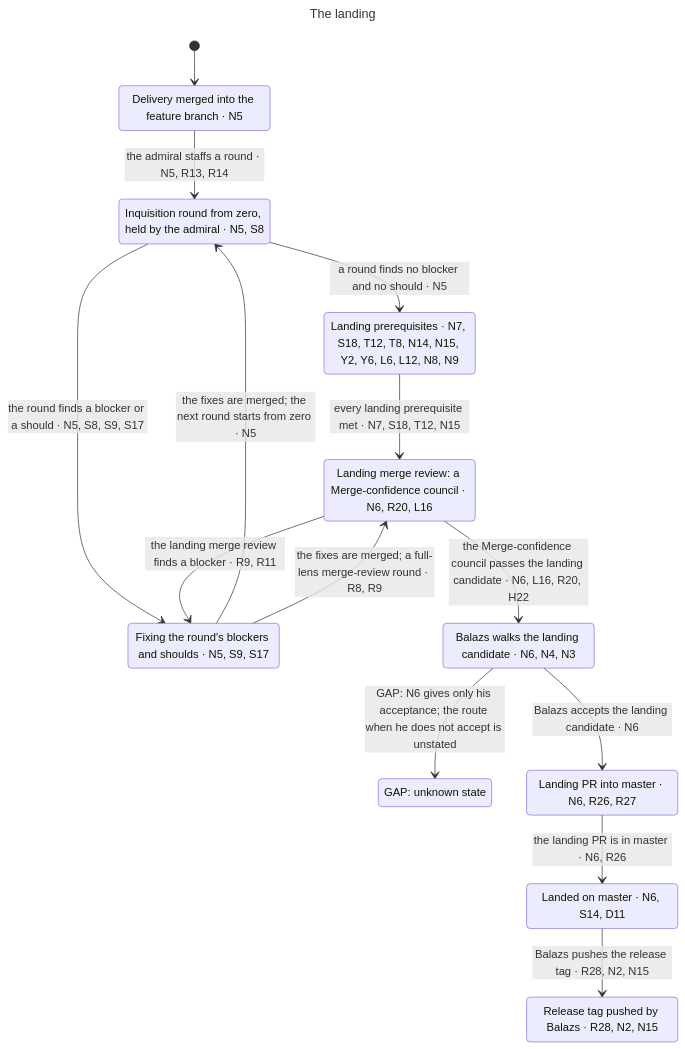
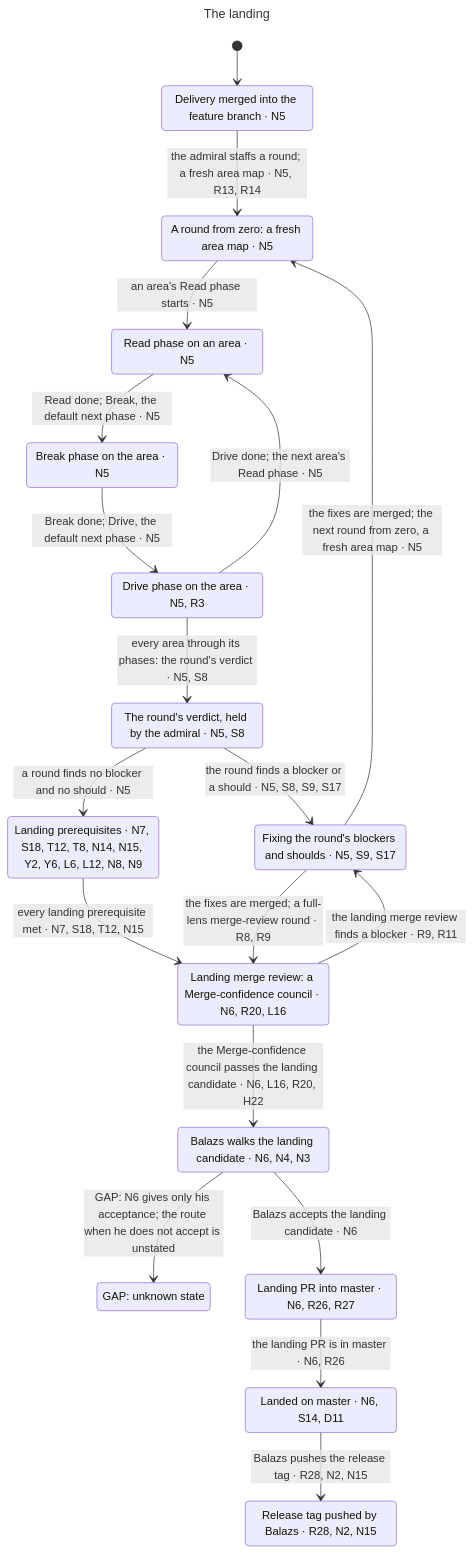
The diagram in claims/statechart/landing/chart.mmd (BalazsOrg/dydo), drawn with Mermaid before and after one commit. The commit also changed 132 other files, not shown here.

```diff
--- a/claims/statechart/landing/chart.mmd
+++ b/claims/statechart/landing/chart.mmd
@@ -1,27 +1,36 @@
 ---
 title: "The landing"
 ---
 stateDiagram-v2
   s0: Delivery merged into the feature branch #183; N5
-  s1: Inquisition round from zero, held by the admiral #183; N5, S8
-  s2: Landing prerequisites #183; N7, S18, T12, T8, N14, N15, Y2, Y6, L6, L12, N8, N9
-  s3: Fixing the round's blockers and shoulds #183; N5, S9, S17
-  s4: Landing merge review: a Merge-confidence council #183; N6, R20, L16
-  s5: Balazs walks the landing candidate #183; N6, N4, N3
-  s6: GAP: unknown state
-  s7: Landing PR into master #183; N6, R26, R27
-  s8: Landed on master #183; N6, S14, D11
-  s9: Release tag pushed by Balazs #183; R28, N2, N15
+  s1: A round from zero: a fresh area map #183; N5
+  s2: Read phase on an area #183; N5
+  s3: Break phase on the area #183; N5
+  s4: Drive phase on the area #183; N5, R3
+  s5: The round's verdict, held by the admiral #183; N5, S8
+  s6: Fixing the round's blockers and shoulds #183; N5, S9, S17
+  s7: Landing prerequisites #183; N7, S18, T12, T8, N14, N15, Y2, Y6, L6, L12, N8, N9
+  s8: Landing merge review: a Merge-confidence council #183; N6, R20, L16
+  s9: Balazs walks the landing candidate #183; N6, N4, N3
+  s10: GAP: unknown state
+  s11: Landing PR into master #183; N6, R26, R27
+  s12: Landed on master #183; N6, S14, D11
+  s13: Release tag pushed by Balazs #183; R28, N2, N15
   [*] --> s0
-  s0 --> s1: the admiral staffs a round #183; N5, R13, R14
-  s1 --> s2: a round finds no blocker and no should #183; N5
-  s1 --> s3: the round finds a blocker or a should #183; N5, S8, S9, S17
-  s3 --> s1: the fixes are merged#59; the next round starts from zero #183; N5
-  s2 --> s4: every landing prerequisite met #183; N7, S18, T12, N15
-  s4 --> s3: the landing merge review finds a blocker #183; R9, R11
-  s4 --> s5: the Merge-confidence council passes the landing candidate #183; N6, L16, R20, H22
-  s3 --> s4: the fixes are merged#59; a full-lens merge-review round #183; R8, R9
-  s5 --> s6: GAP: N6 gives only his acceptance#59; the route when he does not accept is unstated
-  s5 --> s7: Balazs accepts the landing candidate #183; N6
-  s7 --> s8: the landing PR is in master #183; N6, R26
-  s8 --> s9: Balazs pushes the release tag #183; R28, N2, N15
+  s0 --> s1: the admiral staffs a round#59; a fresh area map #183; N5, R13, R14
+  s1 --> s2: an area's Read phase starts #183; N5
+  s2 --> s3: Read done#59; Break, the default next phase #183; N5
+  s3 --> s4: Break done#59; Drive, the default next phase #183; N5
+  s4 --> s5: every area through its phases: the round's verdict #183; N5, S8
+  s4 --> s2: Drive done#59; the next area's Read phase #183; N5
+  s5 --> s6: the round finds a blocker or a should #183; N5, S8, S9, S17
+  s5 --> s7: a round finds no blocker and no should #183; N5
+  s6 --> s1: the fixes are merged#59; the next round from zero, a fresh area map #183; N5
+  s7 --> s8: every landing prerequisite met #183; N7, S18, T12, N15
+  s8 --> s6: the landing merge review finds a blocker #183; R9, R11
+  s8 --> s9: the Merge-confidence council passes the landing candidate #183; N6, L16, R20, H22
+  s6 --> s8: the fixes are merged#59; a full-lens merge-review round #183; R8, R9
+  s9 --> s10: GAP: N6 gives only his acceptance#59; the route when he does not accept is unstated
+  s9 --> s11: Balazs accepts the landing candidate #183; N6
+  s11 --> s12: the landing PR is in master #183; N6, R26
+  s12 --> s13: Balazs pushes the release tag #183; R28, N2, N15
```
